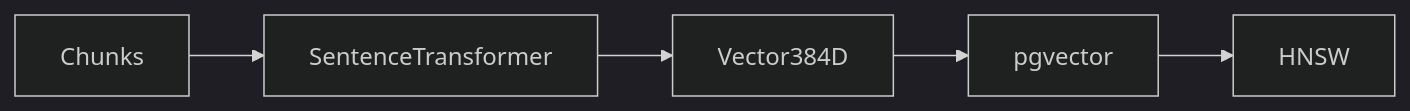
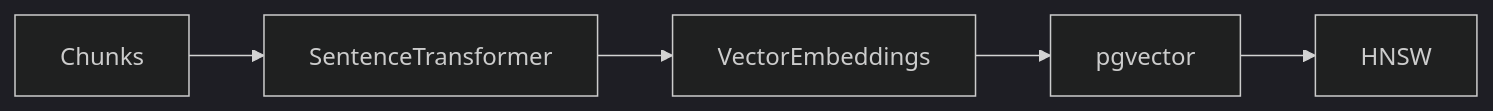
Before and after one commit to Urvity03/MLCopilot-Platform: the fourth of 6 diagrams in README.md, drawn with Mermaid (dark theme). The commit also changed other lines of this file, not shown here.

````diff
--- a/README.md
+++ b/README.md
@@ -146,7 +202,11 @@
-``` mermaid
+```mermaid
 flowchart LR
-Chunks-->SentenceTransformer
-SentenceTransformer-->Vector384D
-Vector384D-->pgvector
-pgvector-->HNSW
+
+Chunks --> SentenceTransformer
+
+SentenceTransformer --> VectorEmbeddings
+
+VectorEmbeddings --> pgvector
+
+pgvector --> HNSW
 ```
````
